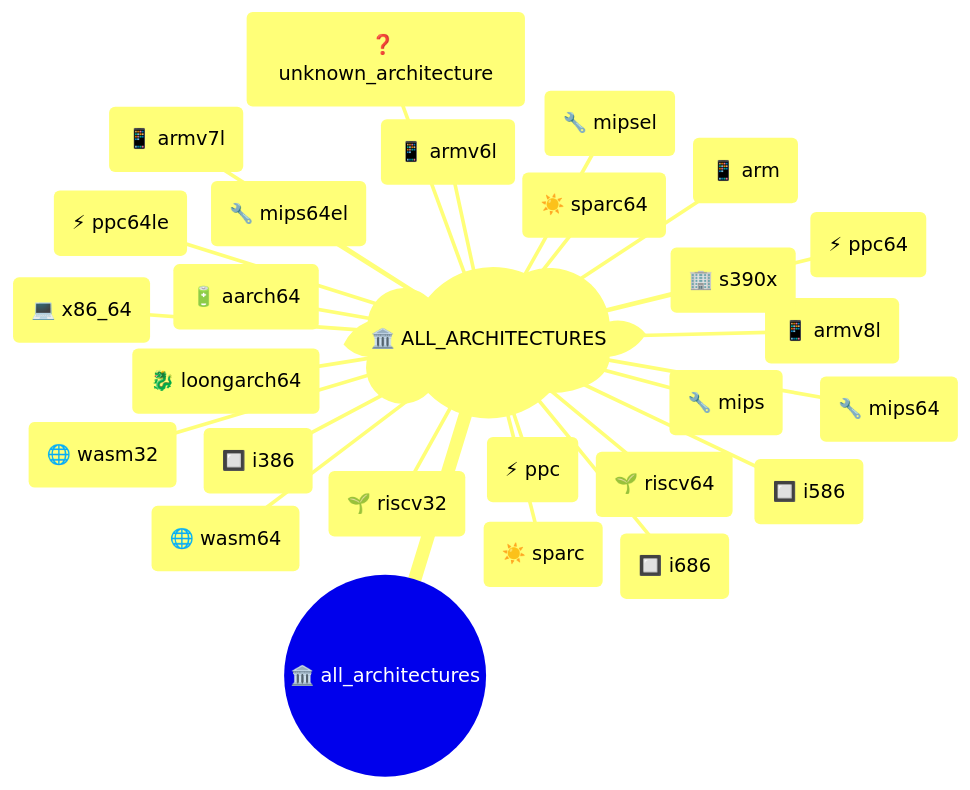
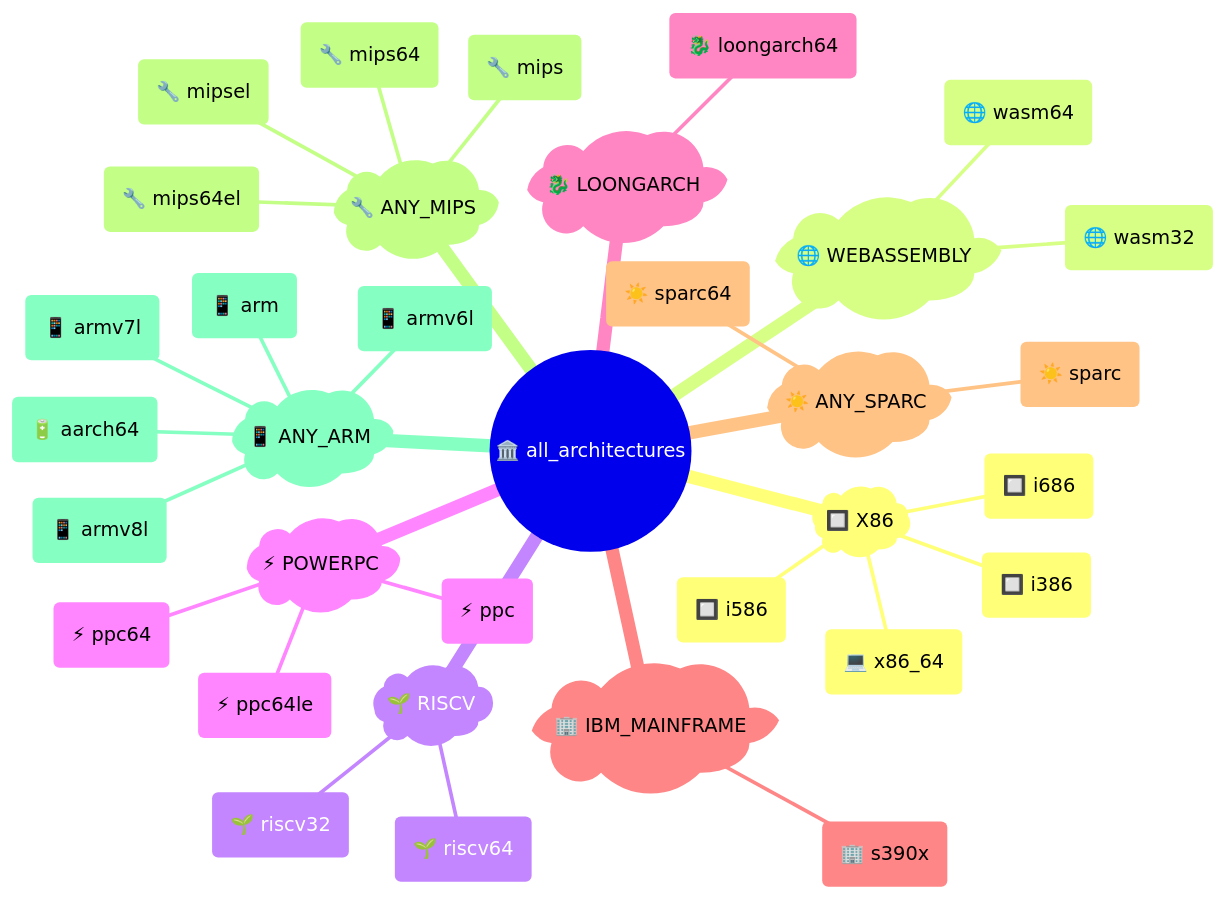
One commit to kdeldycke/extra-platforms changed the first of 3 diagrams in readme.md. Above: the diagram before and after it, drawn with Mermaid. The commit also changed other lines of this file and 5 other files, not shown here.

Commit message:
Add architecture groups

````diff
--- a/readme.md
+++ b/readme.md
@@ -153,33 +204,40 @@
 ```mermaid
 ---
 config: {"mindmap": {"padding": 5}}
 ---
 mindmap
     ((🏛️ all_architectures))
-        )🏛️ ALL_ARCHITECTURES(
+        )🔲 X86(
+            (🔲 i386)
+            (🔲 i586)
+            (🔲 i686)
+            (💻 x86_64)
+        )🌐 WEBASSEMBLY(
+            (🌐 wasm32)
+            (🌐 wasm64)
+        )🌱 RISCV(
+            (🌱 riscv32)
+            (🌱 riscv64)
+        )⚡ POWERPC(
+            (⚡ ppc)
+            (⚡ ppc64)
+            (⚡ ppc64le)
+        )🐉 LOONGARCH(
+            (🐉 loongarch64)
+        )🏢 IBM_MAINFRAME(
+            (🏢 s390x)
+        )☀️ ANY_SPARC(
+            (☀️ sparc)
+            (☀️ sparc64)
+        )🔧 ANY_MIPS(
+            (🔧 mips)
+            (🔧 mips64)
+            (🔧 mips64el)
+            (🔧 mipsel)
+        )📱 ANY_ARM(
             (🔋 aarch64)
             (📱 arm)
             (📱 armv6l)
             (📱 armv7l)
             (📱 armv8l)
-            (🔲 i386)
-            (🔲 i586)
-            (🔲 i686)
-            (🐉 loongarch64)
-            (🔧 mips)
-            (🔧 mips64)
-            (🔧 mips64el)
-            (🔧 mipsel)
-            (⚡ ppc)
-            (⚡ ppc64)
-            (⚡ ppc64le)
-            (🌱 riscv32)
-            (🌱 riscv64)
-            (🏢 s390x)
-            (☀️ sparc)
-            (☀️ sparc64)
-            (❓ unknown_architecture)
-            (🌐 wasm32)
-            (🌐 wasm64)
-            (💻 x86_64)
 ```
````
